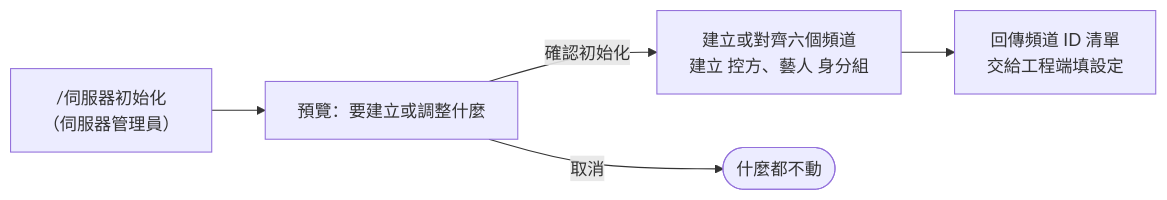
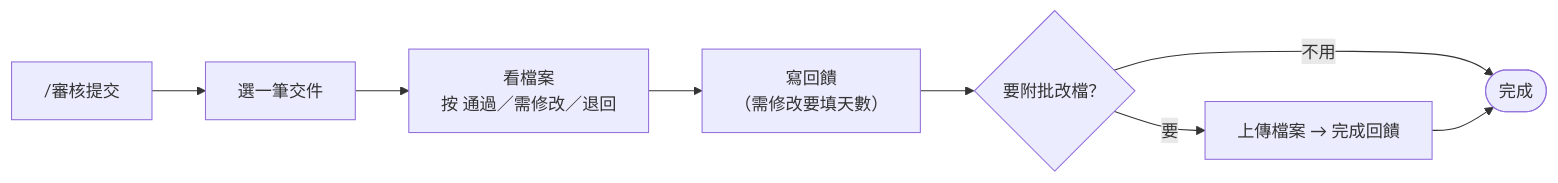
Before and after one commit to johnnysun0621/kari-kari-ai-ops: the seventh of 8 diagrams in docs/sop/ADMIN_SOP.md, drawn with Mermaid. The commit also changed other lines of this file and 85 other files, not shown here.

````diff
--- a/docs/sop/ADMIN_SOP.md
+++ b/docs/sop/ADMIN_SOP.md
@@ -1389,7 +850,6 @@
 ```mermaid
 flowchart LR
-  A["/伺服器初始化<br/>（伺服器管理員）"] --> B["預覽：要建立或調整什麼"]
-  B -- "確認初始化" --> C["建立或對齊六個頻道<br/>建立 控方、藝人 身分組"]
-  C --> D["回傳頻道 ID 清單<br/>交給工程端填設定"]
-  B -- "取消" --> X(["什麼都不動"])
+  A["/審核提交"] --> B["選一筆交件"] --> C["看檔案<br/>按 通過／需修改／退回"] --> D["寫回饋<br/>（需修改要填天數）"] --> E{"要附批改檔？"}
+  E -- "不用" --> F(["完成"])
+  E -- "要" --> G["上傳檔案 → 完成回饋"] --> F
 ```
````
